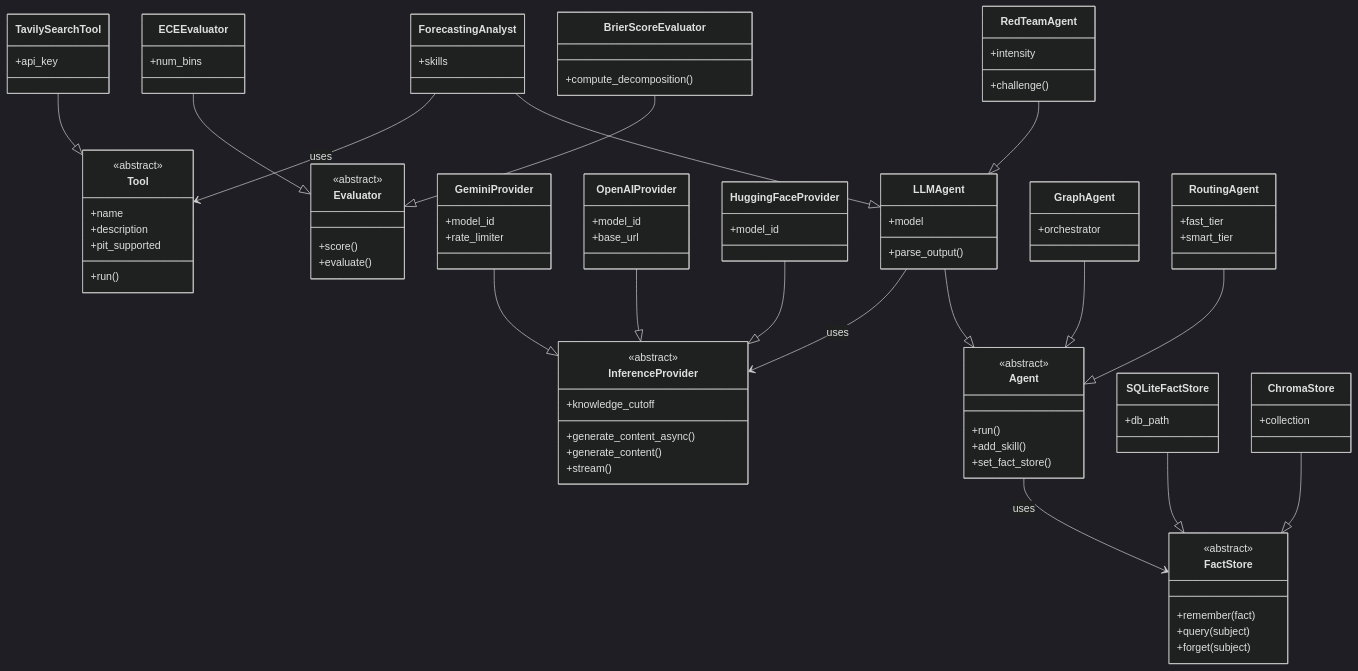
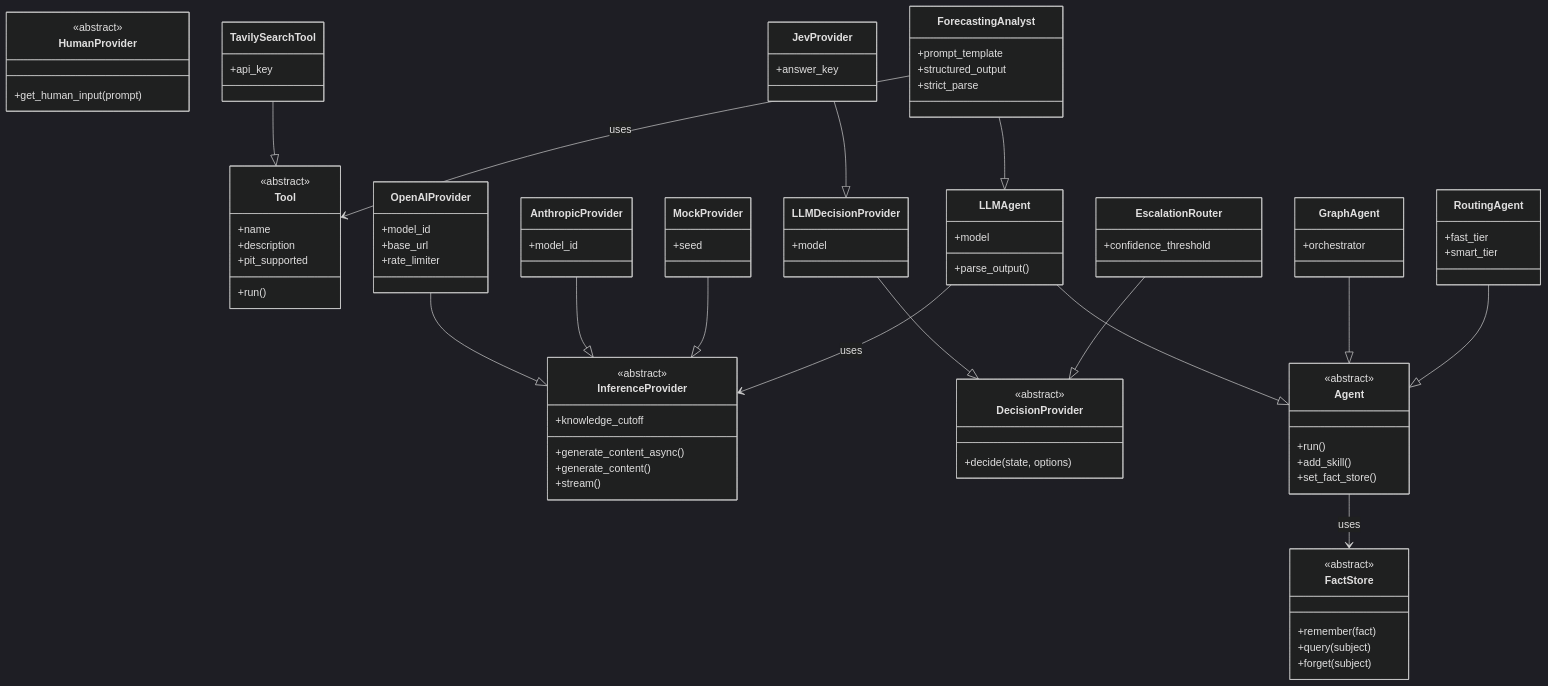
The second of 2 diagrams in docs/architecture.md (xrtm-org/forecast), drawn with Mermaid (dark theme) before and after one commit. The commit also changed other lines of this file and 36 other files, not shown here.

````diff
--- a/docs/architecture.md
+++ b/docs/architecture.md
@@ -130,11 +134,8 @@
 ```mermaid
 classDiagram
     direction TB
-    
-    %% ═══════════════════════════════════════════
+
     %% CORE LAYER (Abstract Base Classes)
-    %% ═══════════════════════════════════════════
-    
     class InferenceProvider {
         <<abstract>>
         +generate_content_async()
@@ -142,14 +143,20 @@
         +stream()
         +knowledge_cutoff
     }
-    
+    class DecisionProvider {
+        <<abstract>>
+        +decide(state, options)
+    }
+    class HumanProvider {
+        <<abstract>>
+        +get_human_input(prompt)
+    }
     class FactStore {
         <<abstract>>
         +remember(fact)
         +query(subject)
         +forget(subject)
     }
-    
     class Tool {
         <<abstract>>
         +name
@@ -157,60 +164,42 @@
         +run()
         +pit_supported
     }
-    
-    class Evaluator {
-        <<abstract>>
-        +score()
-        +evaluate()
-    }
-    
     class Agent {
         <<abstract>>
         +run()
         +add_skill()
         +set_fact_store()
     }
-    
-    %% ═══════════════════════════════════════════
+
     %% PROVIDERS LAYER (Implementations)
-    %% ═══════════════════════════════════════════
-    
-    class GeminiProvider {
-        +model_id
-        +rate_limiter
-    }
     class OpenAIProvider {
         +model_id
         +base_url
+        +rate_limiter
     }
-    class HuggingFaceProvider {
+    class AnthropicProvider {
         +model_id
     }
-    
-    GeminiProvider --|> InferenceProvider
-    OpenAIProvider --|> InferenceProvider
-    HuggingFaceProvider --|> InferenceProvider
-    
-    class SQLiteFactStore {
-        +db_path
+    class MockProvider {
+        +seed
     }
-    class ChromaStore {
-        +collection
+    class LLMDecisionProvider {
+        +model
     }
-    
-    SQLiteFactStore --|> FactStore
-    ChromaStore --|> FactStore
-    
+    class JevProvider {
+        +answer_key
+    }
     class TavilySearchTool {
         +api_key
     }
-    
+    OpenAIProvider --|> InferenceProvider
+    AnthropicProvider --|> InferenceProvider
+    MockProvider --|> InferenceProvider
+    LLMDecisionProvider --|> DecisionProvider
+    JevProvider --|> LLMDecisionProvider
     TavilySearchTool --|> Tool
-    
-    %% ═══════════════════════════════════════════
-    %% KIT LAYER (Agents & Evaluators)
-    %% ═══════════════════════════════════════════
-    
+
+    %% KIT LAYER (Agents, Topologies, Decisions)
     class LLMAgent {
         +model
         +parse_output()
@@ -218,40 +207,25 @@
     class GraphAgent {
         +orchestrator
     }
-    
-    LLMAgent --|> Agent
-    GraphAgent --|> Agent
-    
-    class RedTeamAgent {
-        +intensity
-        +challenge()
-    }
     class ForecastingAnalyst {
-        +skills
+        +prompt_template
+        +structured_output
+        +strict_parse
     }
     class RoutingAgent {
         +fast_tier
         +smart_tier
     }
-    
-    RedTeamAgent --|> LLMAgent
+    class EscalationRouter {
+        +confidence_threshold
+    }
+    LLMAgent --|> Agent
+    GraphAgent --|> Agent
     ForecastingAnalyst --|> LLMAgent
     RoutingAgent --|> Agent
-    
-    class BrierScoreEvaluator {
-        +compute_decomposition()
-    }
-    class ECEEvaluator {
-        +num_bins
-    }
-    
-    BrierScoreEvaluator --|> Evaluator
-    ECEEvaluator --|> Evaluator
-    
-    %% ═══════════════════════════════════════════
+    EscalationRouter --|> DecisionProvider
+
     %% RELATIONSHIPS
-    %% ═══════════════════════════════════════════
-    
     Agent --> FactStore : uses
     LLMAgent --> InferenceProvider : uses
     ForecastingAnalyst --> Tool : uses
````
